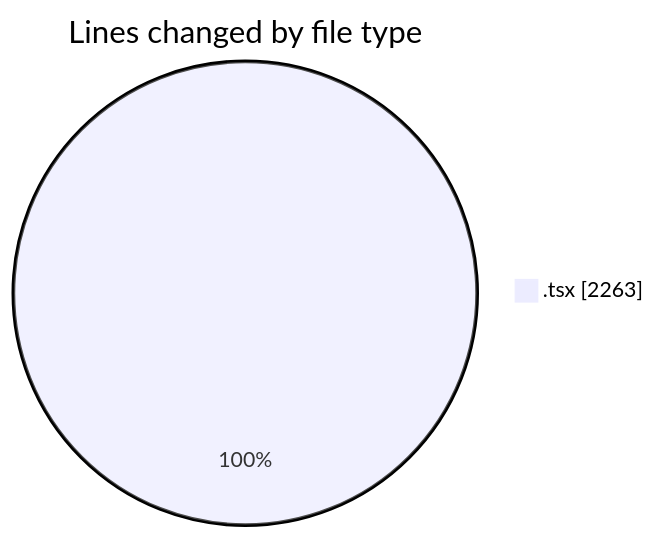
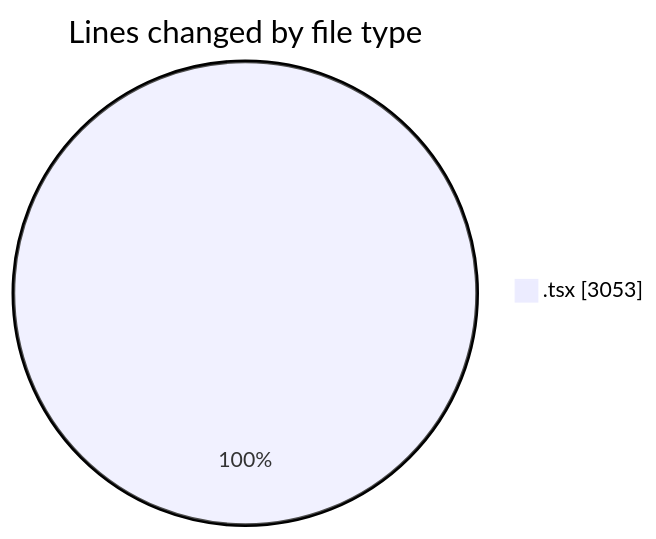
The first of 2 diagrams in 2026-03-05/nxtqube_webapp/README.md (nxtqubesakshisongat/code-tracking), drawn with Mermaid before and after one commit. The commit also changed other lines of this file and 1 other file, not shown here.

````diff
--- a/2026-03-05/nxtqube_webapp/README.md
+++ b/2026-03-05/nxtqube_webapp/README.md
@@ -21,5 +22,5 @@
 ```mermaid
 pie showData
 title Lines changed by file type
-".tsx" : 2263
+".tsx" : 3053
 ```
````
